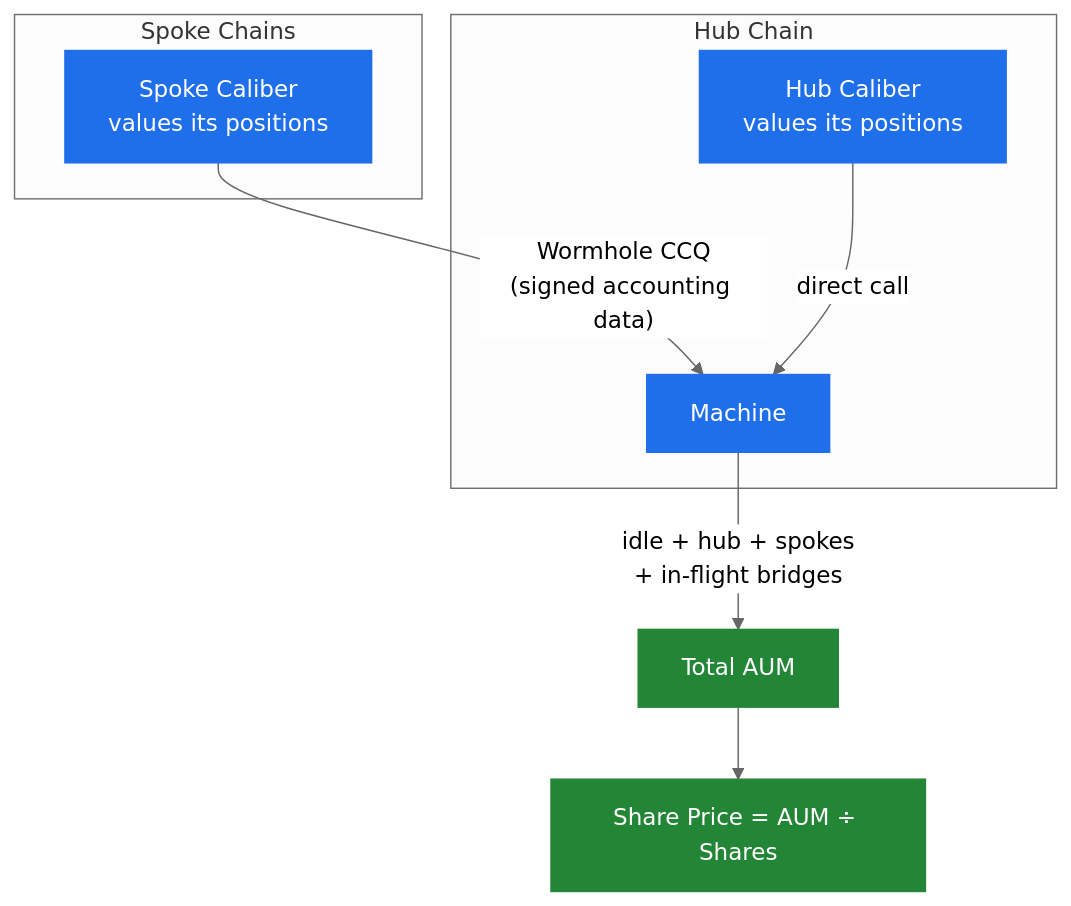
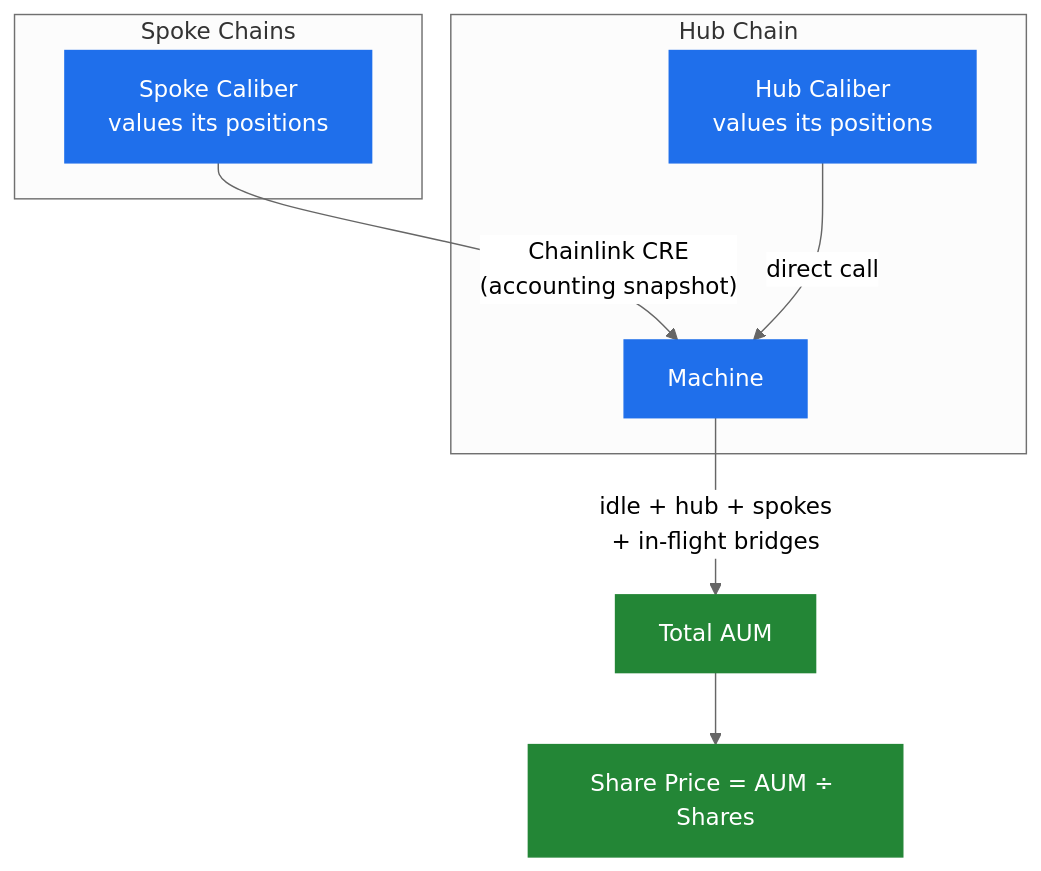
Before and after one commit to MakinaHQ/docs: the third of 4 diagrams in src/pages/concepts/architecture/lifecycle.md, drawn with Mermaid (neutral theme). The commit also changed other lines of this file and 269 other files, not shown here.

````diff
--- a/src/pages/concepts/architecture/lifecycle.md
+++ b/src/pages/concepts/architecture/lifecycle.md
@@ -80,17 +80,17 @@
 ```mermaid
 flowchart TB
     subgraph Spoke["Spoke Chains"]
         SC["Spoke Caliber<br/>values its positions"]:::core
     end
     subgraph Hub["Hub Chain"]
         HC["Hub Caliber<br/>values its positions"]:::core
         M["Machine"]:::core
     end
-    SC -- "Wormhole CCQ<br/>(signed accounting data)" --> M
+    SC -- "Chainlink CRE<br/>(accounting snapshot)" --> M
     HC -- "direct call" --> M
     M -- "idle + hub + spokes<br/>+ in-flight bridges" --> AUM["Total AUM"]:::out
     AUM --> SP["Share Price = AUM ÷ Shares"]:::out
 
     classDef core fill:#1f6feb,stroke:#1f6feb,color:#fff;
     classDef out fill:#238636,stroke:#238636,color:#fff;
 ```
````
